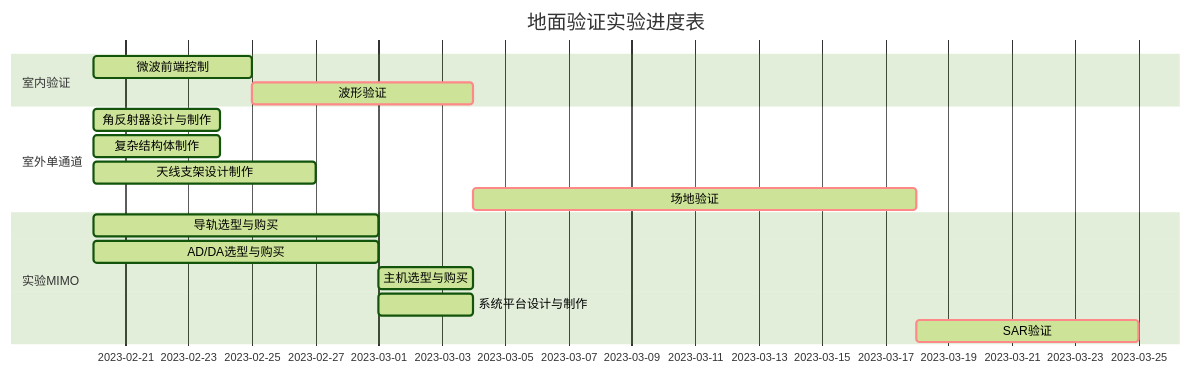
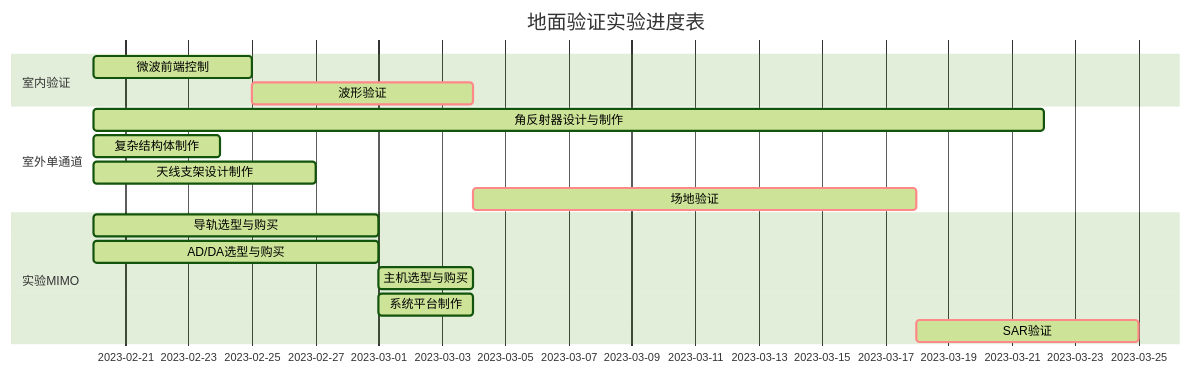
The diagram in SAR.md (sxhunter/SAR_platform), drawn with Mermaid (forest theme) before and after one commit. The commit also changed other lines of this file, not shown here.

````diff
--- a/SAR.md
+++ b/SAR.md
@@ -17,20 +17,20 @@
 ```mermaid
 gantt
 dateFormat  MM-DD
 title 地面验证实验进度表
 section 室内验证
 微波前端控制:active,a1,02-20,5d
 
 波形验证:crit,active, a3,after a1, 7d
 section 室外单通道
-角反射器设计与制作:active,b1,02-20,4d
+角反射器设计与制作:active,b1,02-20,30d
 复杂结构体制作:active,b2,02-20,4d
 天线支架设计制作:active, a2, 02-20,7d
 场地验证:crit,active, b3,after a3, 14d
 section 实验MIMO
 导轨选型与购买:active, c1,02-20,9d
 AD/DA选型与购买:active,c2,02-20,9d
 主机选型与购买:active, after c1,3d
-系统平台设计与制作:active,c3, after c1,3d
+系统平台制作:active,c3, after c1,3d
 SAR验证:crit,active, after b3, 7d
 ```
````
